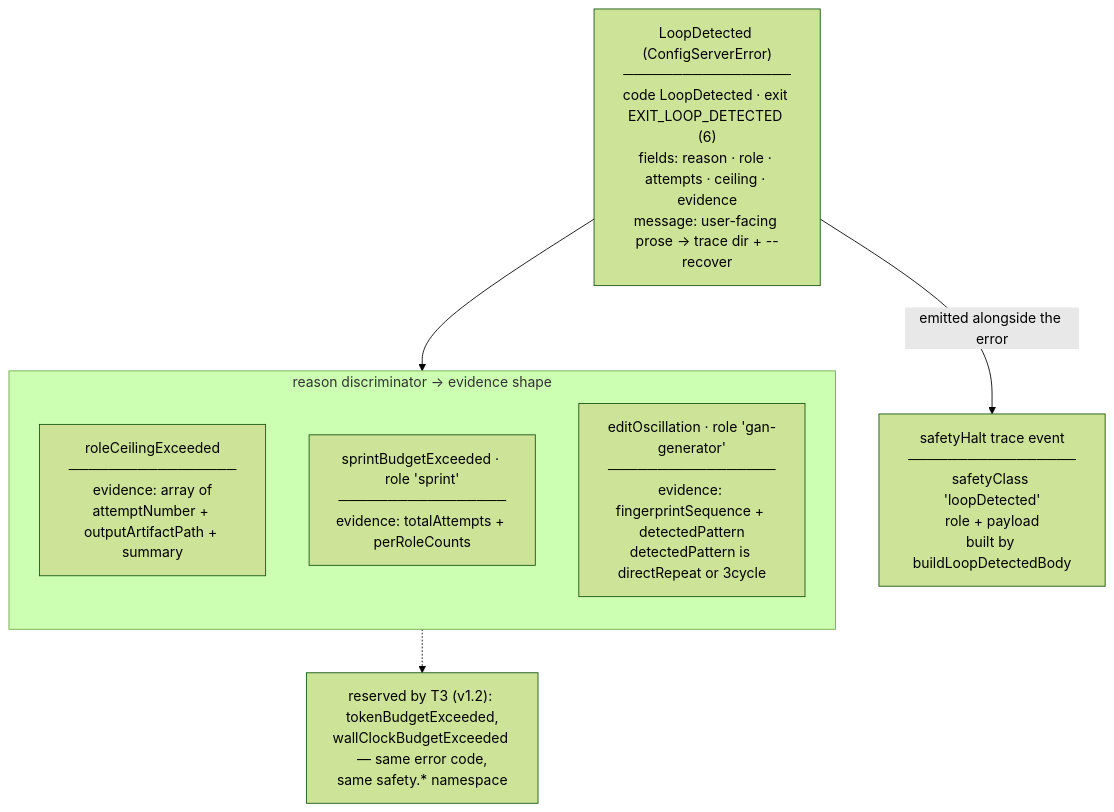
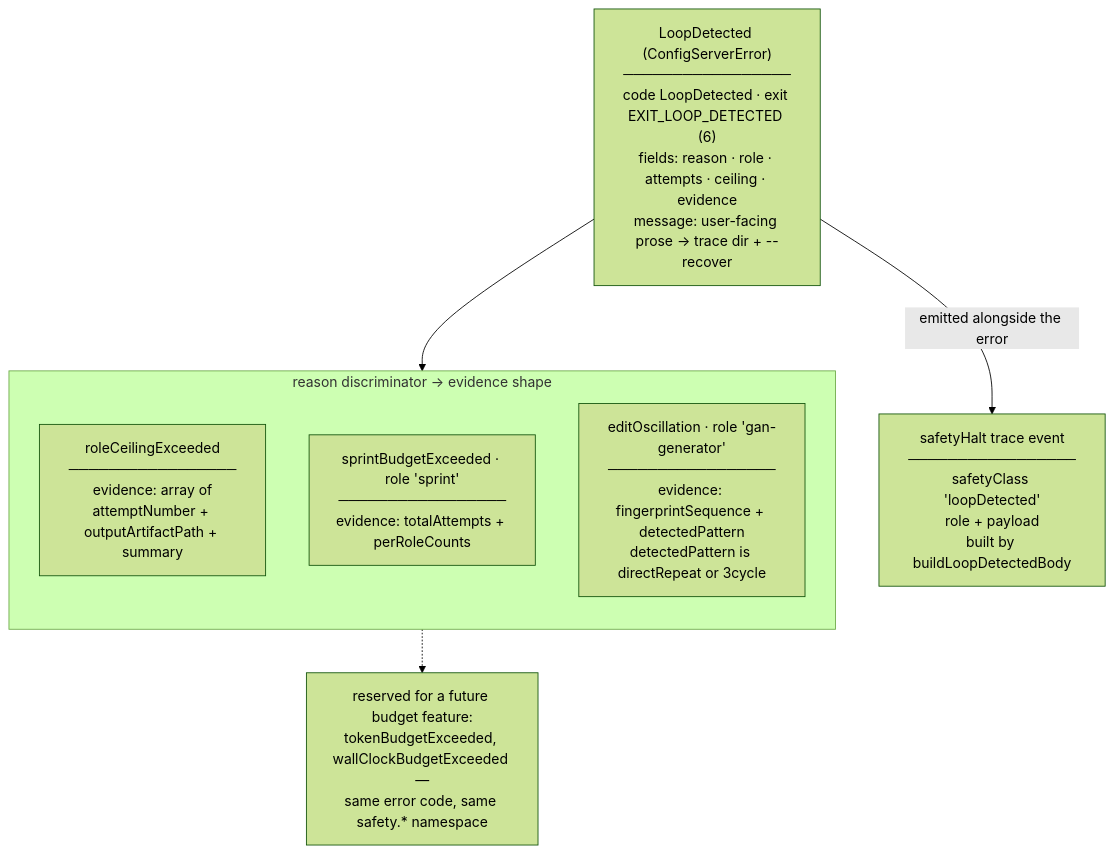
One commit to Thomas-AppForceOne/ClaudeAgents changed the second of 5 diagrams in documentation/safety.md. Above: the diagram before and after it, drawn with Mermaid (forest theme). The commit also changed other lines of this file and 26 other files, not shown here.

````diff
--- a/documentation/safety.md
+++ b/documentation/safety.md
@@ -52,19 +52,19 @@
 ```mermaid
 flowchart TD
     ERR["LoopDetected (ConfigServerError)\n─────────────────\ncode LoopDetected · exit EXIT_LOOP_DETECTED (6)\nfields: reason · role · attempts · ceiling · evidence\nmessage: user-facing prose → trace dir + --recover"]
 
     subgraph REASONS["reason discriminator → evidence shape"]
         direction TB
         RCE["roleCeilingExceeded\n─────────────────\nevidence: array of\nattemptNumber + outputArtifactPath + summary"]
         SBE["sprintBudgetExceeded · role 'sprint'\n─────────────────\nevidence: totalAttempts + perRoleCounts"]
         EOE["editOscillation · role 'gan-generator'\n─────────────────\nevidence: fingerprintSequence + detectedPattern\ndetectedPattern is directRepeat or 3cycle"]
     end
 
     SH["safetyHalt trace event\n─────────────────\nsafetyClass 'loopDetected'\nrole + payload\nbuilt by buildLoopDetectedBody"]
 
-    NOTE["reserved by T3 (v1.2): tokenBudgetExceeded,\nwallClockBudgetExceeded — same error code,\nsame safety.* namespace"]
+    NOTE["reserved for a future budget feature:\ntokenBudgetExceeded, wallClockBudgetExceeded —\nsame error code, same safety.* namespace"]
 
     ERR --> REASONS
     ERR -->|"emitted alongside the error"| SH
     REASONS -.-> NOTE
 ```
````
